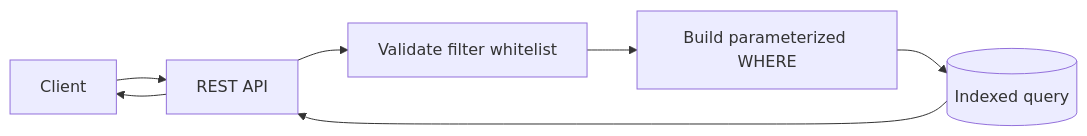
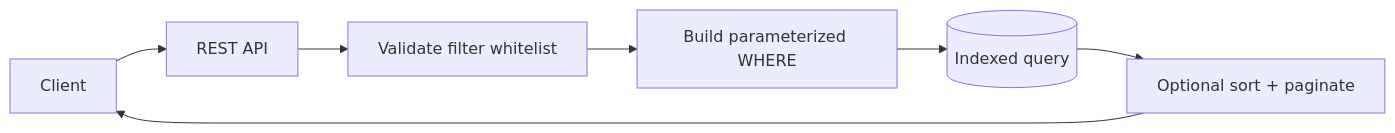
Diagram 16 of 28 in 07-api-design/README.md (hareramcse/SystemDesign), drawn with Mermaid before and after one commit. The commit also changed other lines of this file and 14 other files, not shown here.

````diff
--- a/07-api-design/README.md
+++ b/07-api-design/README.md
@@ -2018,9 +1356,9 @@
 ```mermaid
 flowchart LR
     C[Client] --> API[REST API]
     API --> V[Validate filter whitelist]
-    V --> Q[Build parameterized WHERE]
-    Q --> DB[(Indexed query)]
-    DB --> API
-    API --> C
+    V --> B[Build parameterized WHERE]
+    B --> DB[(Indexed query)]
+    DB --> S[Optional sort + paginate]
+    S --> C
 ```
````
